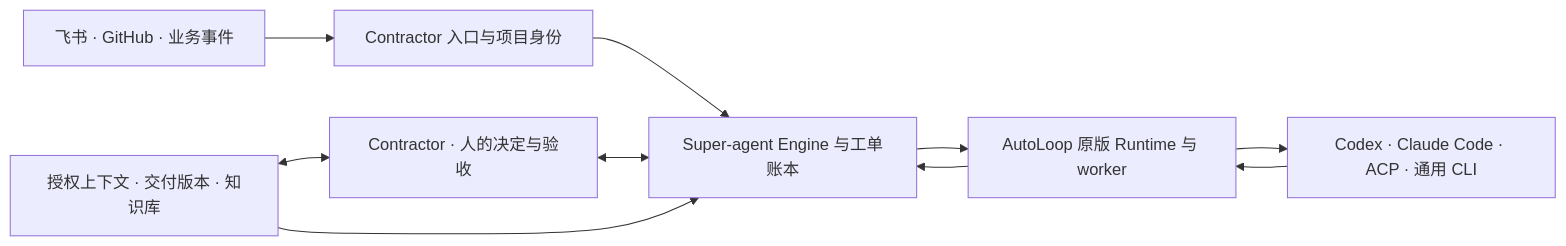
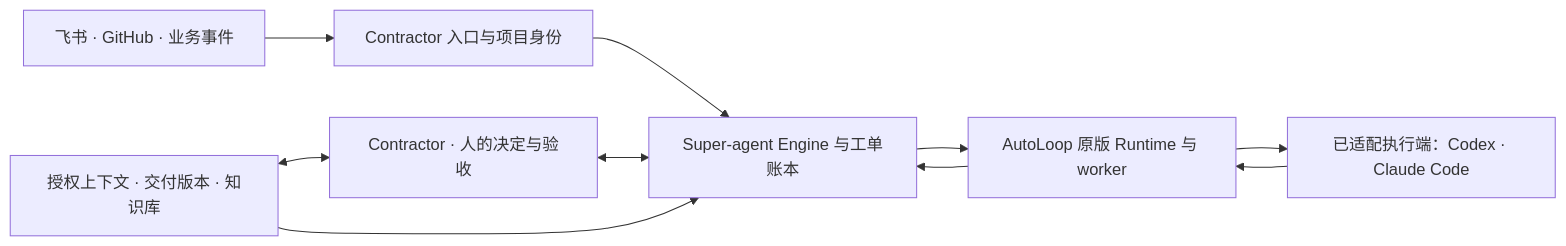
The diagram in docs/SUPERAGENT-MIGRATION.md (zhegong-996/Contractor), drawn with Mermaid before and after one commit. The commit also changed other lines of this file and 38 other files, not shown here.

````diff
--- a/docs/SUPERAGENT-MIGRATION.md
+++ b/docs/SUPERAGENT-MIGRATION.md
@@ -14,12 +14,12 @@
 ```mermaid
 flowchart LR
     A[飞书 · GitHub · 业务事件] --> B[Contractor 入口与项目身份]
     B --> C[Super-agent Engine 与工单账本]
     C --> D[AutoLoop 原版 Runtime 与 worker]
-    D --> E[Codex · Claude Code · ACP · 通用 CLI]
+    D --> E[已适配执行端：Codex · Claude Code]
     E --> D
     D --> C
     F[Contractor · 人的决定与验收] <--> C
     G[授权上下文 · 交付版本 · 知识库] <--> F
     G --> C
 ```
````
